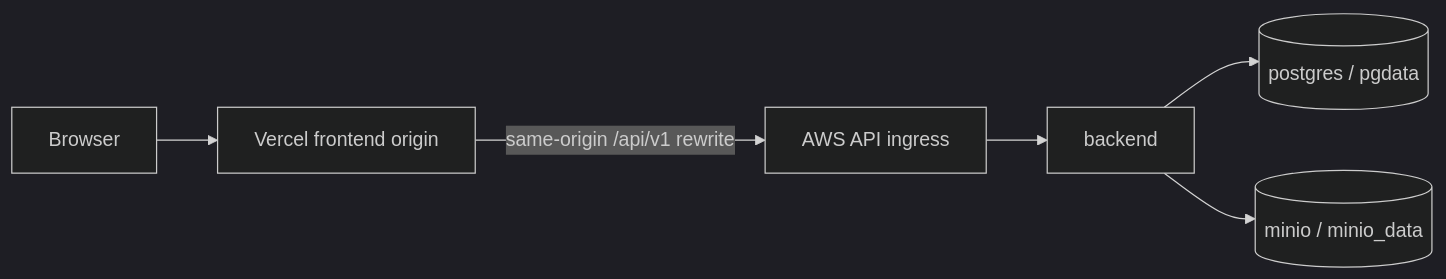
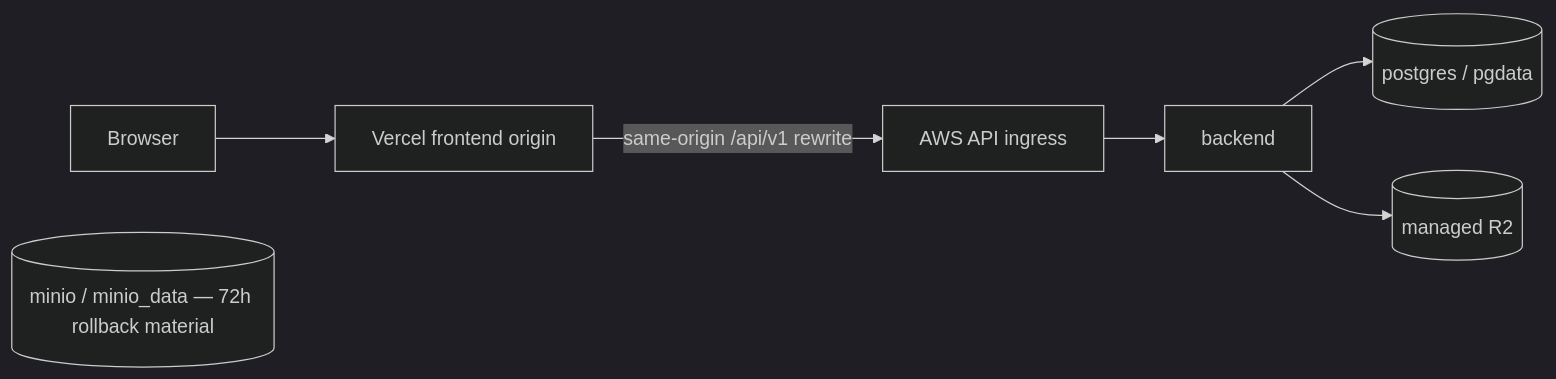
One commit to JNU-SWCU/oss-hub changed the first of 2 diagrams in docs/architecture.md. Above: the diagram before and after it, drawn with Mermaid (dark theme). The commit also changed 3 other files, not shown here.

````diff
--- a/docs/architecture.md
+++ b/docs/architecture.md
@@ -33,8 +33,9 @@
 ```mermaid
 flowchart LR
   Browser[Browser] --> Vercel[Vercel frontend origin]
   Vercel -- same-origin /api/v1 rewrite --> Ingress[AWS API ingress]
   Ingress --> Back[backend]
   Back --> Postgres[(postgres / pgdata)]
-  Back --> Minio[(minio / minio_data)]
+  Back --> R2[(managed R2)]
+  Minio[(minio / minio_data — 72h rollback material)]
 ```
````
